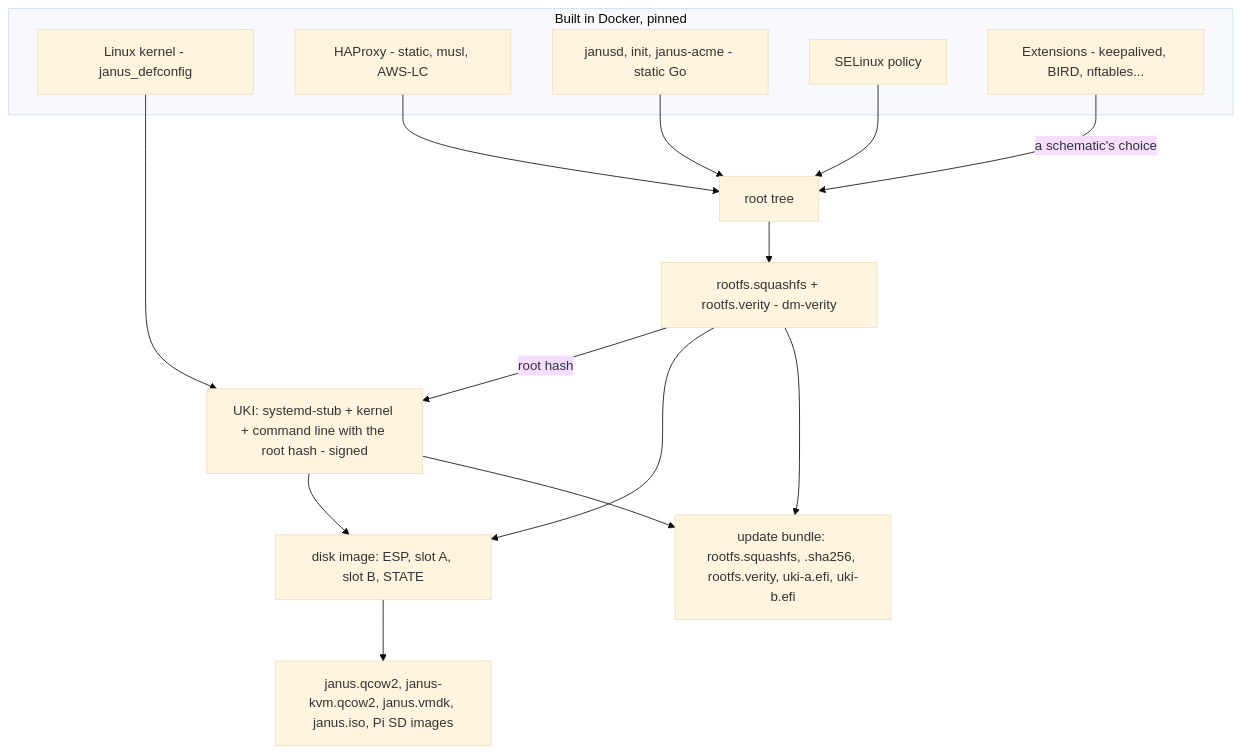
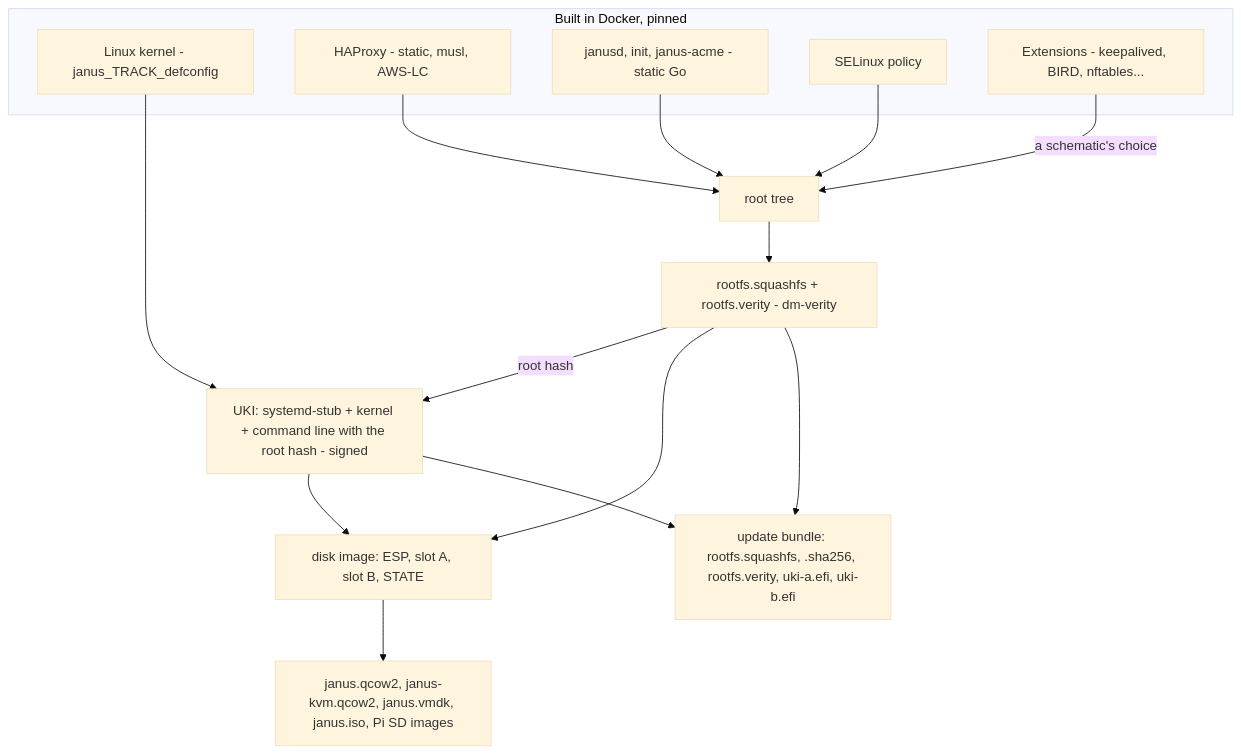
One commit to swenske/Janus changed the diagram in docs/internals/image-build.md. Above: the diagram before and after it, drawn with Mermaid (base theme). The commit also changed other lines of this file and 31 other files, not shown here.

````diff
--- a/docs/internals/image-build.md
+++ b/docs/internals/image-build.md
@@ -9,24 +9,24 @@
 ```mermaid
 flowchart TB
     accTitle: The pipeline that builds a Janus image
     accDescr: The kernel, HAProxy with AWS-LC, the Go binaries, the SELinux policy and the extensions are built in Docker from pinned sources. They are layered into a root tree, which becomes a squashfs with its dm-verity hash tree. The kernel and a command line carrying that tree's root hash become a signed unified kernel image. The disk image takes both slots, the EFI partition and STATE, and is converted to qcow2, VMDK, the installer ISO and SD card images; the root filesystem, its hash tree and the kernel images form the update bundle.
     subgraph sources [Built in Docker, pinned]
-        kernel["Linux kernel - janus_defconfig"]
+        kernel["Linux kernel - janus_TRACK_defconfig"]
         haproxy["HAProxy - static, musl, AWS-LC"]
         gobin["janusd, init, janus-acme - static Go"]
         policy[SELinux policy]
         ext["Extensions - keepalived, BIRD, nftables..."]
     end
     gobin --> tree[root tree]
     haproxy --> tree
     policy --> tree
     ext -->|"a schematic's choice"| tree
     tree --> squash["rootfs.squashfs + rootfs.verity - dm-verity"]
     kernel --> uki["UKI: systemd-stub + kernel + command line with the root hash - signed"]
     squash -->|root hash| uki
     squash --> disk["disk image: ESP, slot A, slot B, STATE"]
     uki --> disk
     disk --> fmt["janus.qcow2, janus-kvm.qcow2, janus.vmdk, janus.iso, Pi SD images"]
     squash --> bundle["update bundle: rootfs.squashfs, .sha256, rootfs.verity, uki-a.efi, uki-b.efi"]
     uki --> bundle
 ```
````
